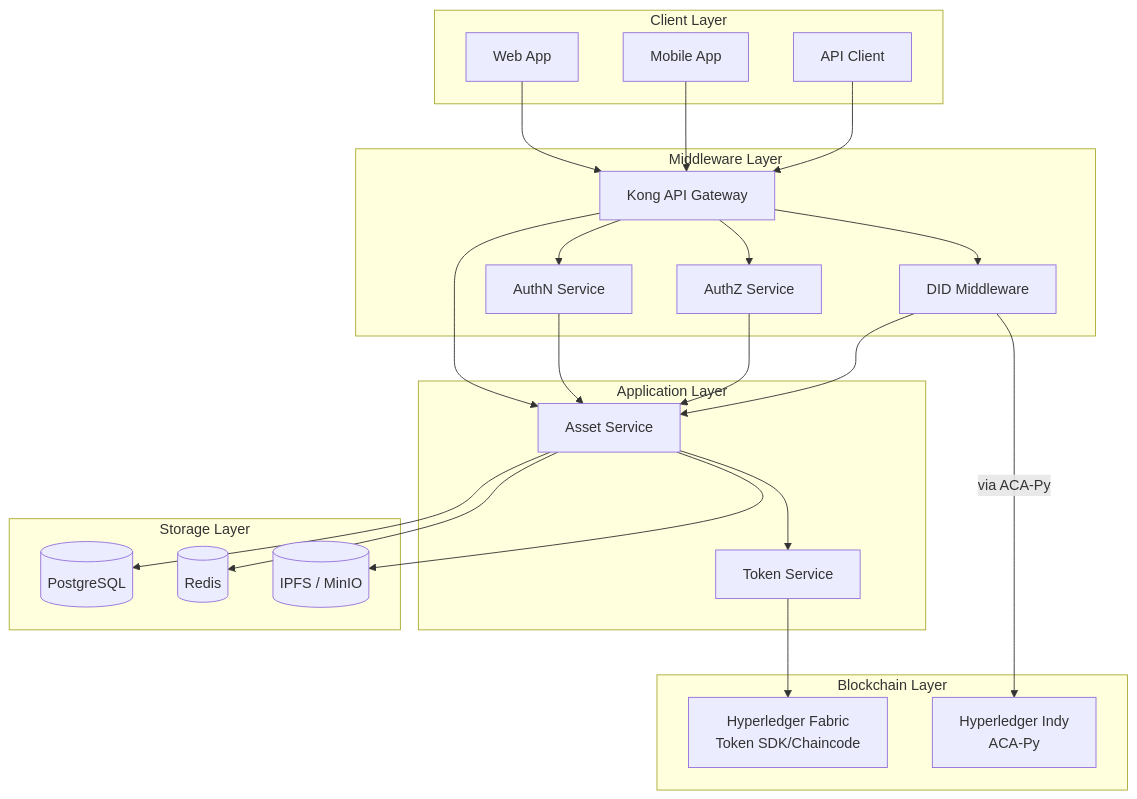
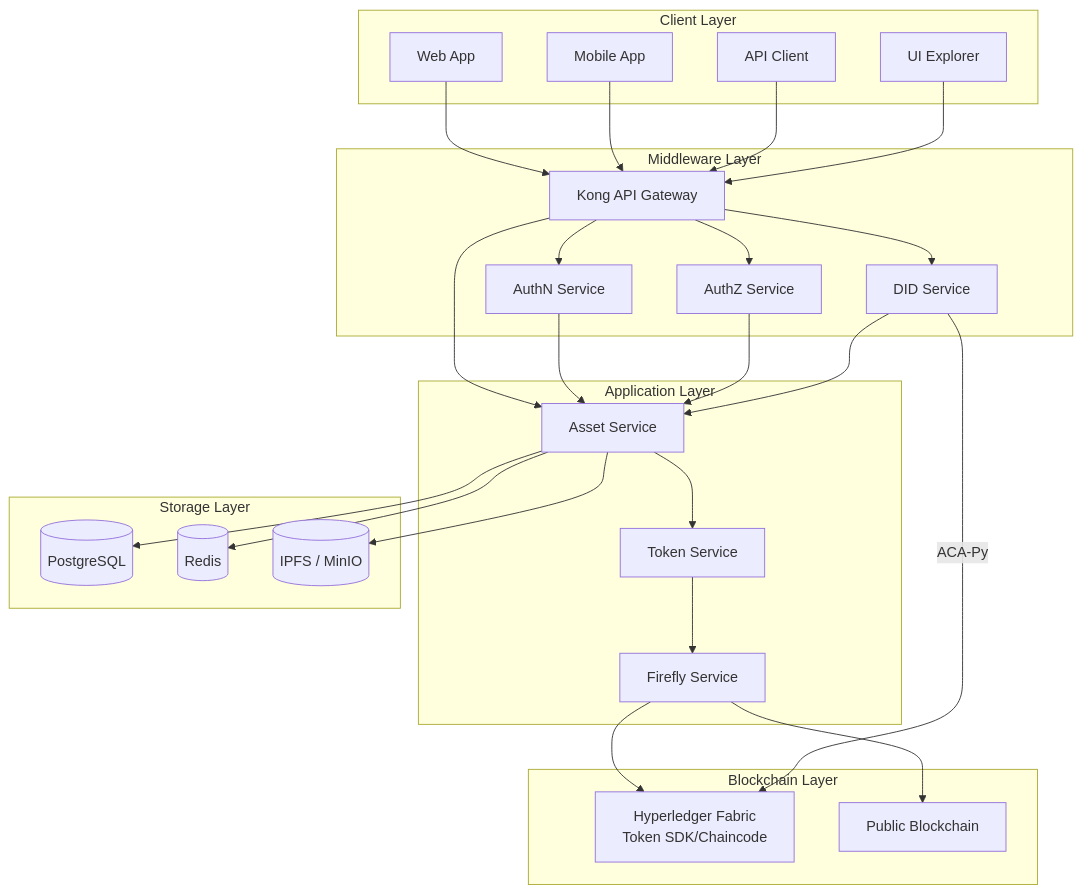
Before and after one commit to metafi-blockchain/metafi-digital-assets-service: the first of 4 diagrams in docs/architecture-design.en.md, drawn with Mermaid. The commit also changed other lines of this file, not shown here.

````diff
--- a/docs/architecture-design.en.md
+++ b/docs/architecture-design.en.md
@@ -19,52 +19,57 @@
 ```mermaid
 graph TD
     subgraph "Client Layer"
         Web[Web App]
         Mobile[Mobile App]
         API[API Client]
+        Explorer[UI Explorer]
     end
 
     subgraph "Middleware Layer"
         Gateway[Kong API Gateway]
         AuthN[AuthN Service]
         AuthZ[AuthZ Service]
-        DID["DID Middleware"]
+        DID["DID Service"]
     end
 
     subgraph "Application Layer"
         Asset[Asset Service]
         Token[Token Service]
+        Firefly[Firefly Service]
     end
 
     subgraph "Blockchain Layer"
         Fabric["Hyperledger Fabric<br/>Token SDK/Chaincode"]
-        Indy["Hyperledger Indy<br/>ACA-Py"]
+        PublicChain[Public Blockchain]
     end
 
     subgraph "Storage Layer"
         DB[(PostgreSQL)]
         Cache[(Redis)]
         Storage[(IPFS / MinIO)]
     end
 
     Web --> Gateway
     Mobile --> Gateway
     API --> Gateway
+    Explorer --> Gateway
 
     Gateway --> AuthN
     Gateway --> AuthZ
     Gateway --> Asset
     Gateway --> DID
 
     AuthN --> Asset
     AuthZ --> Asset
     DID --> Asset
 
     Asset --> Token
-    Token --> Fabric
+    Token --> Firefly
+    Firefly --> Fabric
+    Firefly --> PublicChain
 
     Asset --> DB
     Asset --> Cache
     Asset --> Storage
-    DID -->|via ACA-Py| Indy
+    DID -->|ACA-Py| Fabric
 ```
````
